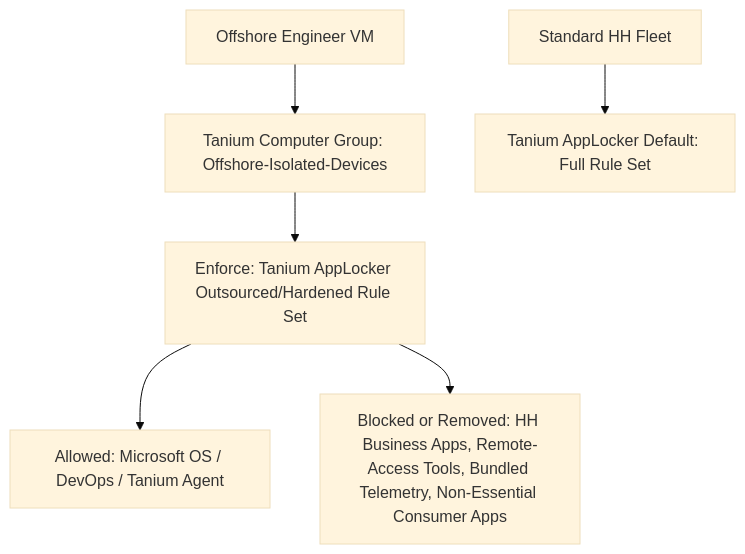
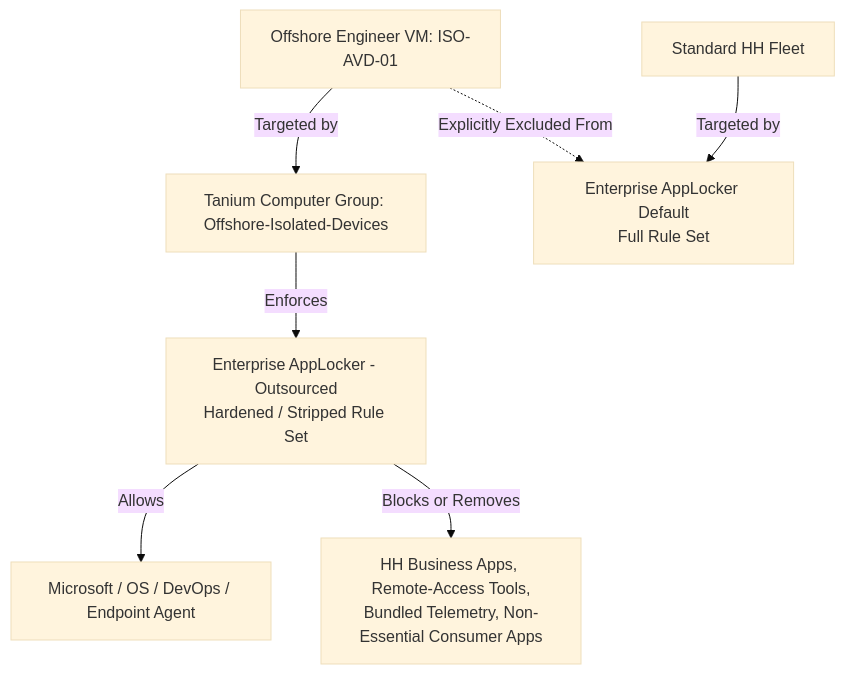
Before and after one commit to PrinceUzebu/Cloud-and-Enterprise-IT-Portfolio: the diagram in Experience-Journal/Cloud-Projects/AppLocker-Isolation.md, drawn with Mermaid (base theme). The commit also changed other lines of this file and 17 other files, not shown here.

````diff
--- a/Experience-Journal/Cloud-Projects/AppLocker-Isolation.md
+++ b/Experience-Journal/Cloud-Projects/AppLocker-Isolation.md
@@ -42,8 +49,9 @@
 ```mermaid
 flowchart TD
-    A[Offshore Engineer VM] --> B[Tanium Computer Group: Offshore-Isolated-Devices]
-    B --> C[Enforce: Tanium AppLocker Outsourced/Hardened Rule Set]
-    E[Standard HH Fleet] --> F[Tanium AppLocker Default: Full Rule Set]
-    C --> H[Allowed: Microsoft OS / DevOps / Tanium Agent]
-    C --> I[Blocked or Removed: HH Business Apps, Remote-Access Tools, Bundled Telemetry, Non-Essential Consumer Apps]
+    A[Offshore Engineer VM: ISO-AVD-01] -->|Targeted by| B[Tanium Computer Group: Offshore-Isolated-Devices]
+    B -->|Enforces| C[Enterprise AppLocker - Outsourced<br/>Hardened / Stripped Rule Set]
+    D[Standard HH Fleet] -->|Targeted by| E[Enterprise AppLocker Default<br/>Full Rule Set]
+    A -.->|Explicitly Excluded From| E
+    C -->|Allows| F[Microsoft / OS / DevOps / Endpoint Agent]
+    C -->|Blocks or Removes| G[HH Business Apps, Remote-Access Tools,<br/>Bundled Telemetry, Non-Essential Consumer Apps]
 ```
````
